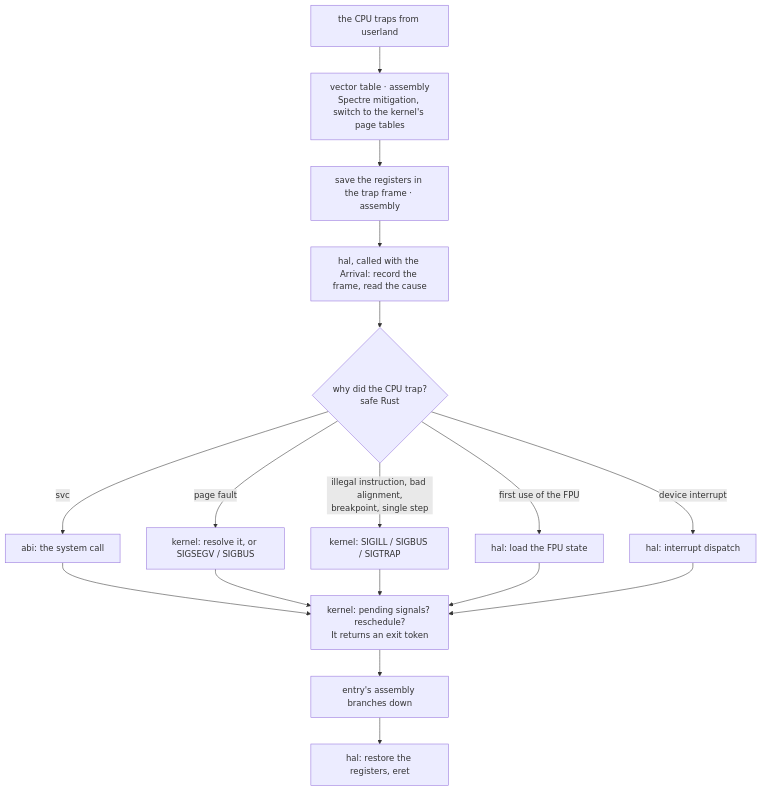
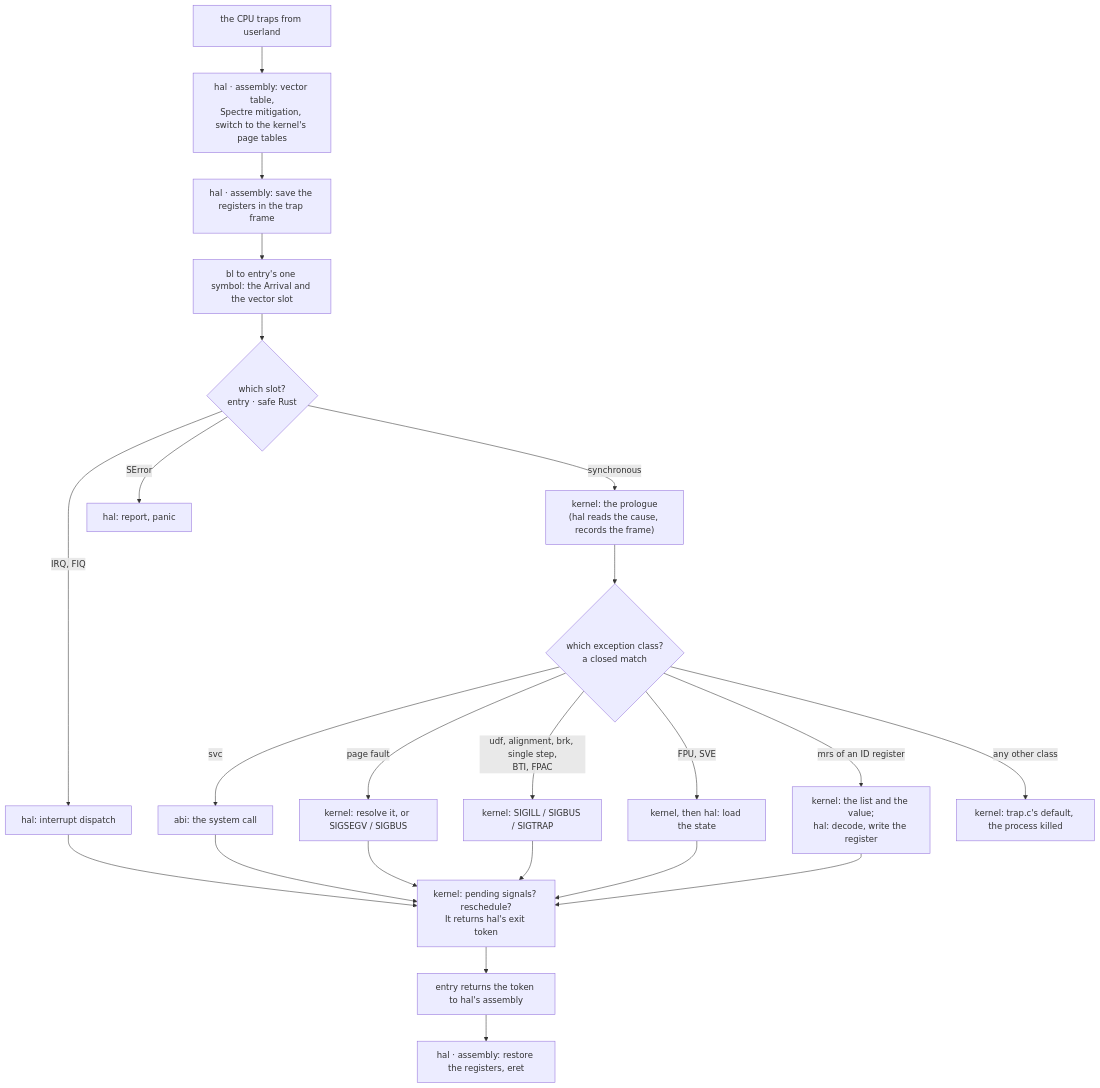
The third of 5 diagrams in docs/ENTRY.md (EmiBSD/Kernel), drawn with Mermaid before and after one commit. The commit also changed other lines of this file and 2 other files, not shown here.

````diff
--- a/docs/ENTRY.md
+++ b/docs/ENTRY.md
@@ -106,19 +119,25 @@
 ```mermaid
 flowchart TB
-    T["the CPU traps from userland"] --> V["vector table · assembly<br/>Spectre mitigation, switch to the kernel's page tables"]
-    V --> S["save the registers in the trap frame · assembly"]
-    S --> B["hal, called with the Arrival: record the frame, read the cause"]
-    B --> D{"why did the CPU trap?<br/>safe Rust"}
+    T["the CPU traps from userland"] --> V["hal · assembly: vector table,<br/>Spectre mitigation, switch to the kernel's page tables"]
+    V --> S["hal · assembly: save the registers in the trap frame"]
+    S --> C["bl to entry's one symbol: the Arrival and the vector slot"]
+    C --> W{"which slot?<br/>entry · safe Rust"}
+    W -->|"IRQ, FIQ"| I["hal: interrupt dispatch"]
+    W -->|"SError"| P2["hal: report, panic"]
+    W -->|"synchronous"| B["kernel: the prologue<br/>(hal reads the cause, records the frame)"]
+    B --> D{"which exception class?<br/>a closed match"}
     D -->|"svc"| A["abi: the system call"]
     D -->|"page fault"| F["kernel: resolve it, or SIGSEGV / SIGBUS"]
-    D -->|"illegal instruction, bad alignment,<br/>breakpoint, single step"| G["kernel: SIGILL / SIGBUS / SIGTRAP"]
-    D -->|"first use of the FPU"| P["hal: load the FPU state"]
-    D -->|"device interrupt"| I["hal: interrupt dispatch"]
-    A --> L["kernel: pending signals? reschedule?<br/>It returns an exit token"]
+    D -->|"udf, alignment, brk, single step,<br/>BTI, FPAC"| G["kernel: SIGILL / SIGBUS / SIGTRAP"]
+    D -->|"FPU, SVE"| FP["kernel, then hal: load the state"]
+    D -->|"mrs of an ID register"| ID["kernel: the list and the value;<br/>hal: decode, write the register"]
+    D -->|"any other class"| X["kernel: trap.c's default, the process killed"]
+    A --> L["kernel: pending signals? reschedule?<br/>It returns hal's exit token"]
     F --> L
     G --> L
-    P --> L
+    FP --> L
+    ID --> L
     I --> L
-    L --> X["entry's assembly branches down"]
-    X --> H2["hal: restore the registers, eret"]
+    L --> R["entry returns the token to hal's assembly"]
+    R --> H2["hal · assembly: restore the registers, eret"]
 ```
````
